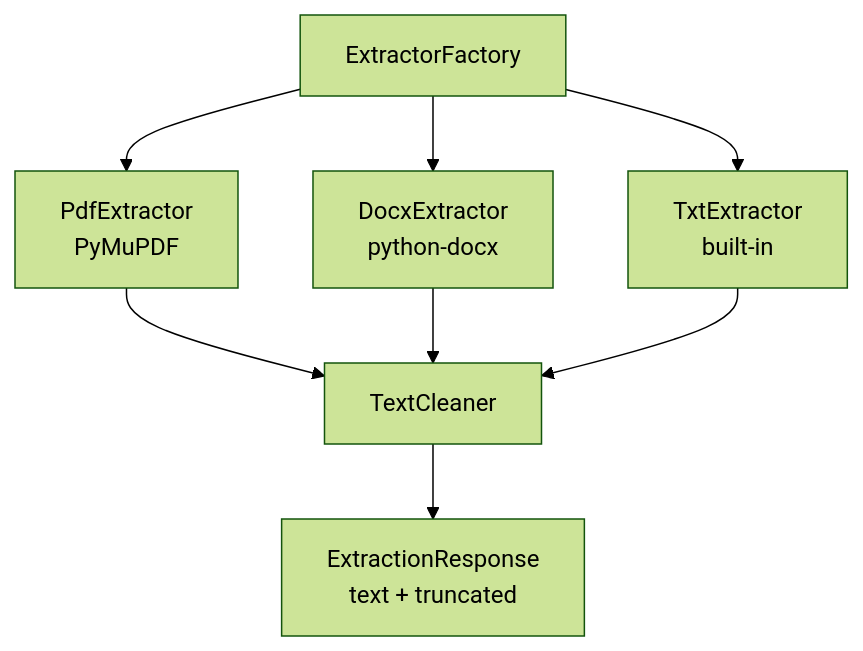
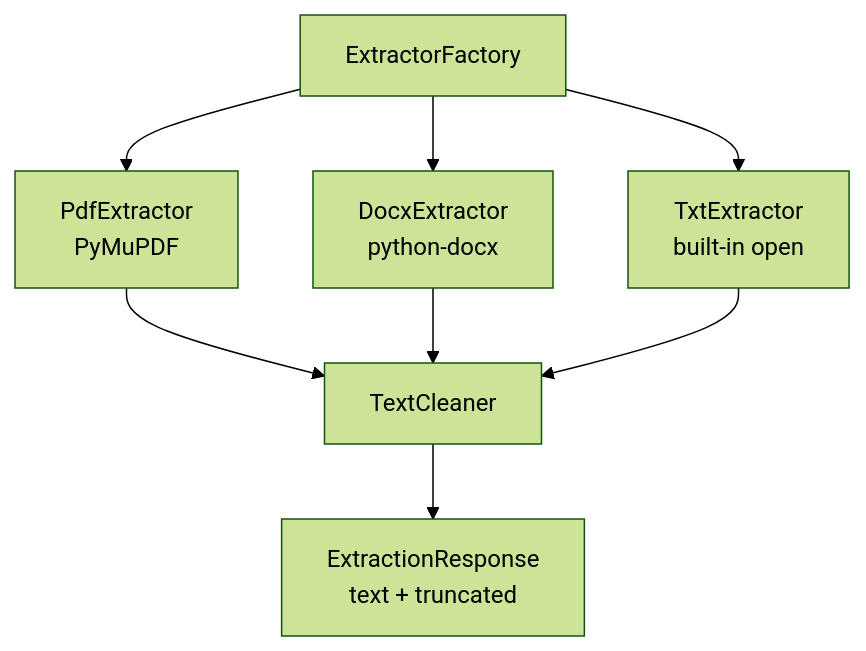
Before and after one commit to kunalPisolkar24/detectAI: the first of 4 diagrams in services/document-parser/docs/concepts/extraction-strategies.md, drawn with Mermaid (forest theme). The commit also changed other lines of this file and 9 other files, not shown here.

````diff
--- a/services/document-parser/docs/concepts/extraction-strategies.md
+++ b/services/document-parser/docs/concepts/extraction-strategies.md
@@ -9,10 +9,10 @@
 ```mermaid
 graph TB
     Factory[ExtractorFactory] --> Pdf[PdfExtractor<br/>PyMuPDF]
     Factory --> Docx[DocxExtractor<br/>python-docx]
-    Factory --> Txt[TxtExtractor<br/>built-in]
+    Factory --> Txt[TxtExtractor<br/>built-in open]
     Pdf --> Cleaner[TextCleaner]
     Docx --> Cleaner
     Txt --> Cleaner
     Cleaner --> Resp[ExtractionResponse<br/>text + truncated]
 ```
````
